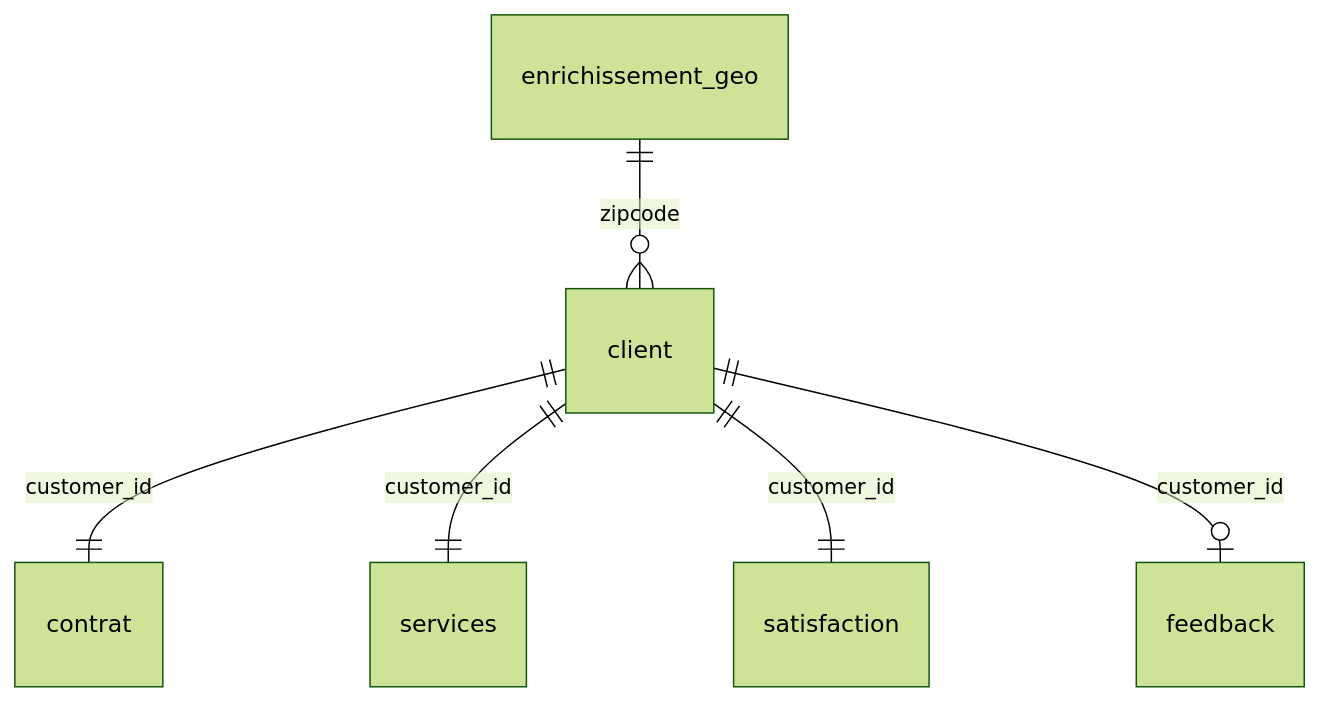
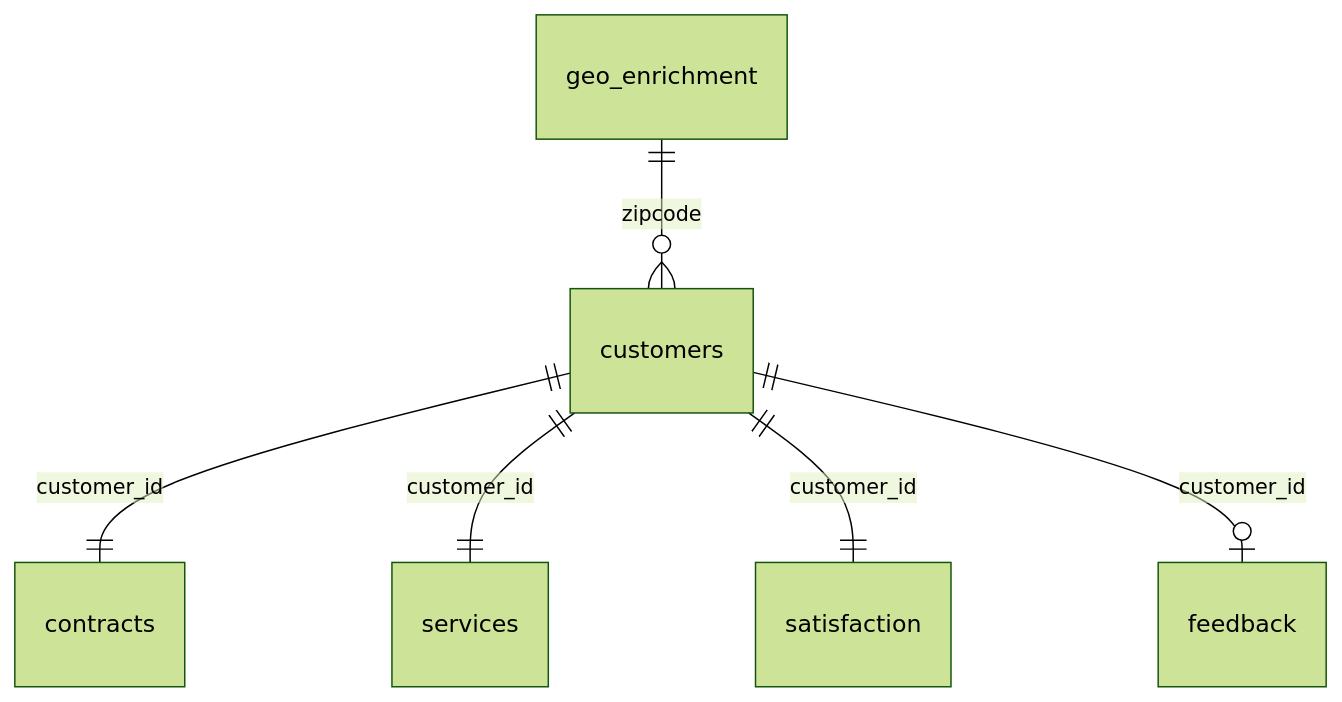
One commit to Maeva-RODRIGUES/churn-data-platform changed the diagram in sql/README.md. Above: the diagram before and after it, drawn with Mermaid (forest theme). The commit also changed other lines of this file and 2 other files, not shown here.

````diff
--- a/sql/README.md
+++ b/sql/README.md
@@ -15,8 +15,8 @@
 ```mermaid
 erDiagram
-    enrichissement_geo ||--o{ client : "zipcode"
-    client ||--|| contrat : "customer_id"
-    client ||--|| services : "customer_id"
-    client ||--|| satisfaction : "customer_id"
-    client ||--o| feedback : "customer_id"
+    geo_enrichment ||--o{ customers : "zipcode"
+    customers ||--|| contracts : "customer_id"
+    customers ||--|| services : "customer_id"
+    customers ||--|| satisfaction : "customer_id"
+    customers ||--o| feedback : "customer_id"
 ```
````
